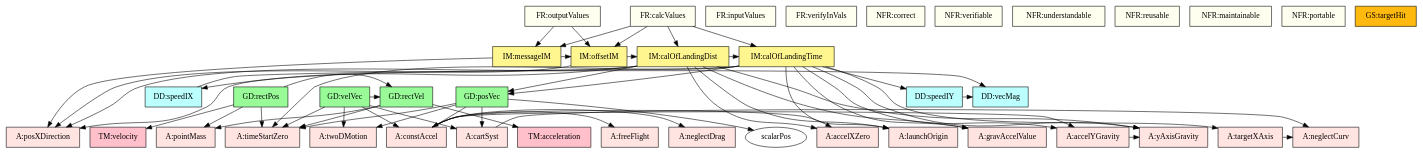
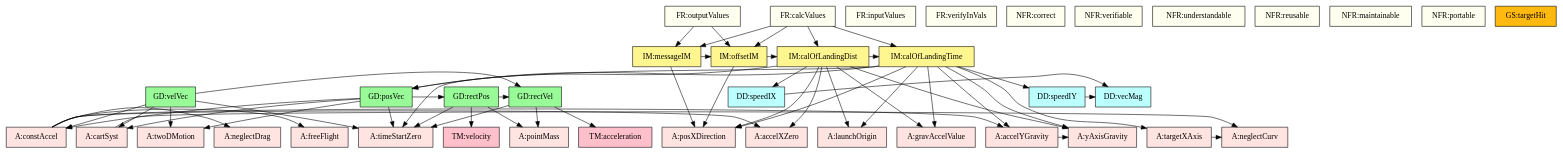
One commit to JacquesCarette/Drasil changed the diagram in code/stable/projectile/TraceyGraph/allvsall.dot. Above: the diagram before and after it, drawn with Graphviz. The commit also changed 6 other files, not shown here.

```diff
--- a/code/stable/projectile/TraceyGraph/allvsall.dot
+++ b/code/stable/projectile/TraceyGraph/allvsall.dot
@@ -1,138 +1,138 @@
 digraph allvsall {
 	cartSyst -> neglectCurv;
 	targetXAxis -> neglectCurv;
 	constAccel -> accelXZero;
 	constAccel -> accelYGravity;
 	constAccel -> neglectDrag;
 	constAccel -> freeFlight;
 	accelYGravity -> yAxisGravity;
 	ixVel -> speed;
 	iyVel -> speed;
 	projSpeed -> pointMass;
 	projSpeed -> timeStartZero;
 	projSpeed -> accelerationTM;
 	projPos -> pointMass;
 	projPos -> timeStartZero;
 	projPos -> velocityTM;
 	projPos -> projSpeed;
 	velocity -> twoDMotion;
 	velocity -> cartSyst;
 	velocity -> constAccel;
 	velocity -> timeStartZero;
 	velocity -> projSpeed;
 	position -> twoDMotion;
 	position -> cartSyst;
 	position -> constAccel;
 	position -> timeStartZero;
-	position -> scalarPos;
+	position -> projPos;
 	flightduration -> yAxisGravity;
 	flightduration -> launchOrigin;
 	flightduration -> targetXAxis;
 	flightduration -> posXDirection;
 	flightduration -> accelYGravity;
 	flightduration -> timeStartZero;
 	flightduration -> gravAccelValue;
 	flightduration -> iyVel;
 	flightduration -> position;
 	landingposition -> yAxisGravity;
 	landingposition -> launchOrigin;
 	landingposition -> posXDirection;
 	landingposition -> accelXZero;
 	landingposition -> gravAccelValue;
 	landingposition -> ixVel;
 	landingposition -> position;
 	landingposition -> flightduration;
 	offset -> posXDirection;
 	offset -> landingposition;
 	message -> posXDirection;
 	message -> offset;
 	calcValues -> flightduration;
 	calcValues -> landingposition;
 	calcValues -> offset;
 	calcValues -> message;
 	outputValues -> offset;
 	outputValues -> message;
 
 
 	twoDMotion	[shape=box, color=black, style=filled, fillcolor=mistyrose, label="A:twoDMotion"];
 	cartSyst	[shape=box, color=black, style=filled, fillcolor=mistyrose, label="A:cartSyst"];
 	yAxisGravity	[shape=box, color=black, style=filled, fillcolor=mistyrose, label="A:yAxisGravity"];
 	launchOrigin	[shape=box, color=black, style=filled, fillcolor=mistyrose, label="A:launchOrigin"];
 	targetXAxis	[shape=box, color=black, style=filled, fillcolor=mistyrose, label="A:targetXAxis"];
 	posXDirection	[shape=box, color=black, style=filled, fillcolor=mistyrose, label="A:posXDirection"];
 	constAccel	[shape=box, color=black, style=filled, fillcolor=mistyrose, label="A:constAccel"];
 	accelXZero	[shape=box, color=black, style=filled, fillcolor=mistyrose, label="A:accelXZero"];
 	accelYGravity	[shape=box, color=black, style=filled, fillcolor=mistyrose, label="A:accelYGravity"];
 	neglectDrag	[shape=box, color=black, style=filled, fillcolor=mistyrose, label="A:neglectDrag"];
 	pointMass	[shape=box, color=black, style=filled, fillcolor=mistyrose, label="A:pointMass"];
 	freeFlight	[shape=box, color=black, style=filled, fillcolor=mistyrose, label="A:freeFlight"];
 	neglectCurv	[shape=box, color=black, style=filled, fillcolor=mistyrose, label="A:neglectCurv"];
 	timeStartZero	[shape=box, color=black, style=filled, fillcolor=mistyrose, label="A:timeStartZero"];
 	gravAccelValue	[shape=box, color=black, style=filled, fillcolor=mistyrose, label="A:gravAccelValue"];
 
 	subgraph A {
 	rank="same"
 	{twoDMotion, cartSyst, yAxisGravity, launchOrigin, targetXAxis, posXDirection, constAccel, accelXZero, accelYGravity, neglectDrag, pointMass, freeFlight, neglectCurv, timeStartZero, gravAccelValue}
 	}
 
 	speed	[shape=box, color=black, style=filled, fillcolor=paleturquoise1, label="DD:vecMag"];
 	ixVel	[shape=box, color=black, style=filled, fillcolor=paleturquoise1, label="DD:speedIX"];
 	iyVel	[shape=box, color=black, style=filled, fillcolor=paleturquoise1, label="DD:speedIY"];
 
 	subgraph DD {
 	rank="same"
 	{speed, ixVel, iyVel}
 	}
 
 	accelerationTM	[shape=box, color=black, style=filled, fillcolor=pink, label="TM:acceleration"];
 	velocityTM	[shape=box, color=black, style=filled, fillcolor=pink, label="TM:velocity"];
 
 	subgraph TM {
 	rank="same"
 	{accelerationTM, velocityTM}
 	}
 
 	projSpeed	[shape=box, color=black, style=filled, fillcolor=palegreen, label="GD:rectVel"];
 	projPos	[shape=box, color=black, style=filled, fillcolor=palegreen, label="GD:rectPos"];
 	velocity	[shape=box, color=black, style=filled, fillcolor=palegreen, label="GD:velVec"];
 	position	[shape=box, color=black, style=filled, fillcolor=palegreen, label="GD:posVec"];
 
 	subgraph GD {
 	rank="same"
 	{projSpeed, projPos, velocity, position}
 	}
 
 	flightduration	[shape=box, color=black, style=filled, fillcolor=khaki1, label="IM:calOfLandingTime"];
 	landingposition	[shape=box, color=black, style=filled, fillcolor=khaki1, label="IM:calOfLandingDist"];
 	offset	[shape=box, color=black, style=filled, fillcolor=khaki1, label="IM:offsetIM"];
 	message	[shape=box, color=black, style=filled, fillcolor=khaki1, label="IM:messageIM"];
 
 	subgraph IM {
 	rank="same"
 	{flightduration, landingposition, offset, message}
 	}
 
 	inputValues	[shape=box, color=black, style=filled, fillcolor=ivory, label="FR:inputValues"];
 	verifyInVals	[shape=box, color=black, style=filled, fillcolor=ivory, label="FR:verifyInVals"];
 	calcValues	[shape=box, color=black, style=filled, fillcolor=ivory, label="FR:calcValues"];
 	outputValues	[shape=box, color=black, style=filled, fillcolor=ivory, label="FR:outputValues"];
 	correct	[shape=box, color=black, style=filled, fillcolor=ivory, label="NFR:correct"];
 	verifiable	[shape=box, color=black, style=filled, fillcolor=ivory, label="NFR:verifiable"];
 	understandable	[shape=box, color=black, style=filled, fillcolor=ivory, label="NFR:understandable"];
 	reusable	[shape=box, color=black, style=filled, fillcolor=ivory, label="NFR:reusable"];
 	maintainable	[shape=box, color=black, style=filled, fillcolor=ivory, label="NFR:maintainable"];
 	portable	[shape=box, color=black, style=filled, fillcolor=ivory, label="NFR:portable"];
 
 	subgraph FR {
 	rank="same"
 	{inputValues, verifyInVals, calcValues, outputValues, correct, verifiable, understandable, reusable, maintainable, portable}
 	}
 
 	targetHit	[shape=box, color=black, style=filled, fillcolor=darkgoldenrod1, label="GS:targetHit"];
 
 	subgraph GS {
 	rank="same"
 	{targetHit}
 	}
 
 }
```
